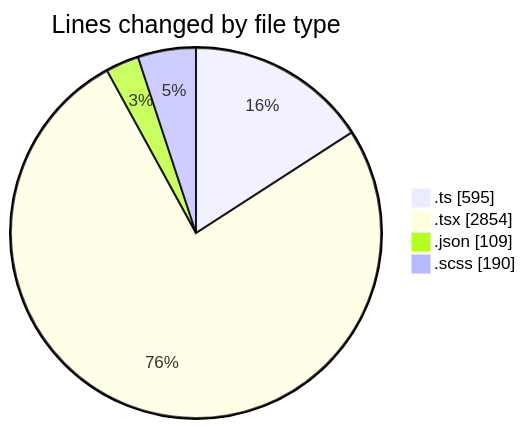
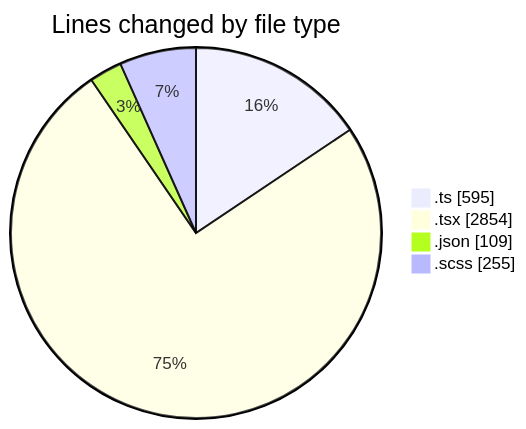
Before and after one commit to momahboobian/code-tracking: the first of 2 diagrams in 2025-07-04/cda/README.md, drawn with Mermaid. The commit also changed other lines of this file and 1 other file, not shown here.

````diff
--- a/2025-07-04/cda/README.md
+++ b/2025-07-04/cda/README.md
@@ -31,8 +32,8 @@
 ```mermaid
 pie showData
 title Lines changed by file type
 ".ts" : 595
 ".tsx" : 2854
 ".json" : 109
-".scss" : 190
+".scss" : 255
 ```
````
